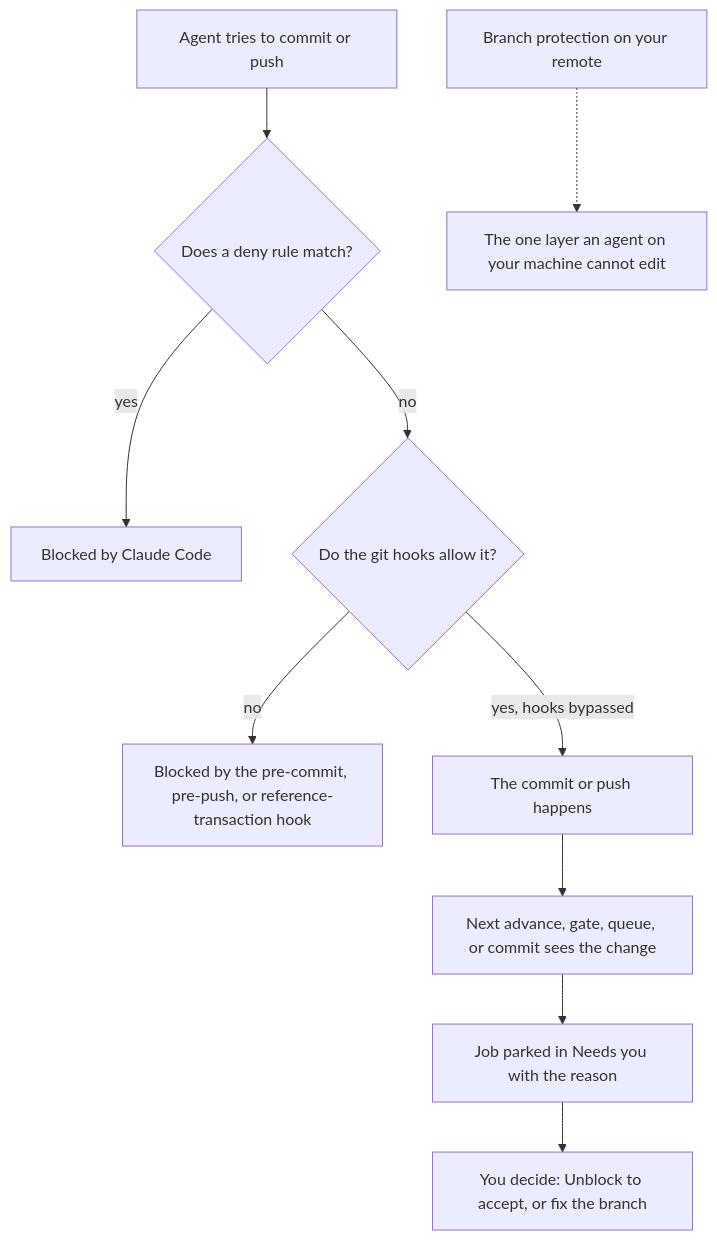
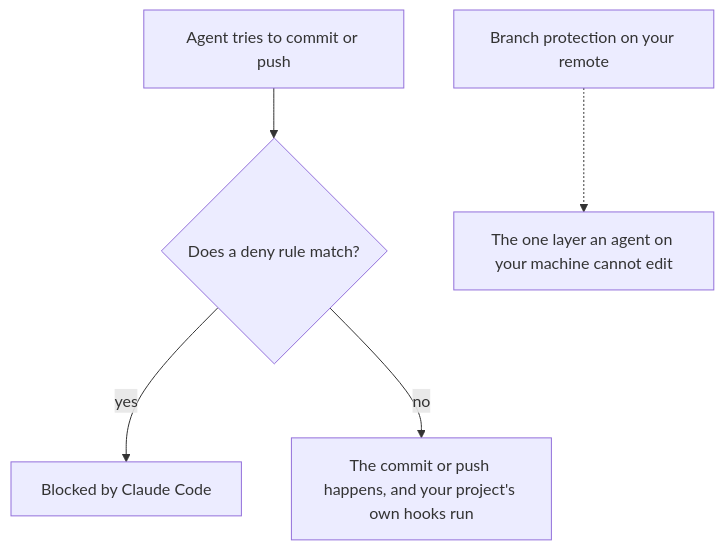
The diagram in factory/docs/safety.md (ChristopherAlphonse/calphonse-skills), drawn with Mermaid before and after one commit. The commit also changed other lines of this file and 17 other files, not shown here.

````diff
--- a/factory/docs/safety.md
+++ b/factory/docs/safety.md
@@ -31,12 +31,7 @@
 ```mermaid
 flowchart TD
     A["Agent tries to commit or push"] --> B{"Does a deny rule match?"}
     B -- yes --> X["Blocked by Claude Code"]
-    B -- no --> C{"Do the git hooks allow it?"}
-    C -- no --> Y["Blocked by the pre-commit, pre-push, or reference-transaction hook"]
-    C -- "yes, hooks bypassed" --> D["The commit or push happens"]
-    D --> E["Next advance, gate, queue, or commit sees the change"]
-    E --> F["Job parked in Needs you with the reason"]
-    F --> G["You decide: Unblock to accept, or fix the branch"]
+    B -- no --> D["The commit or push happens, and your project's own hooks run"]
     R["Branch protection on your remote"] -.-> S["The one layer an agent on your machine cannot edit"]
 ```
````
